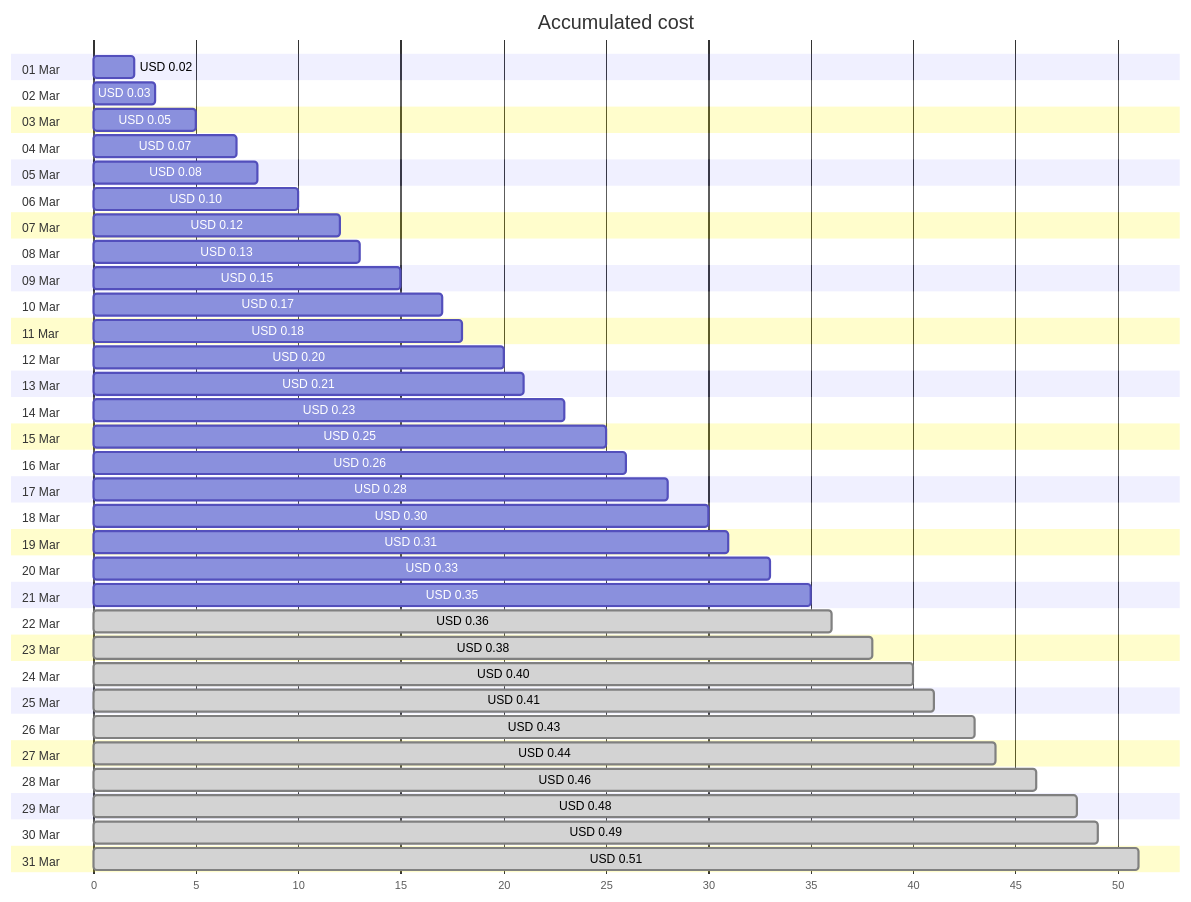
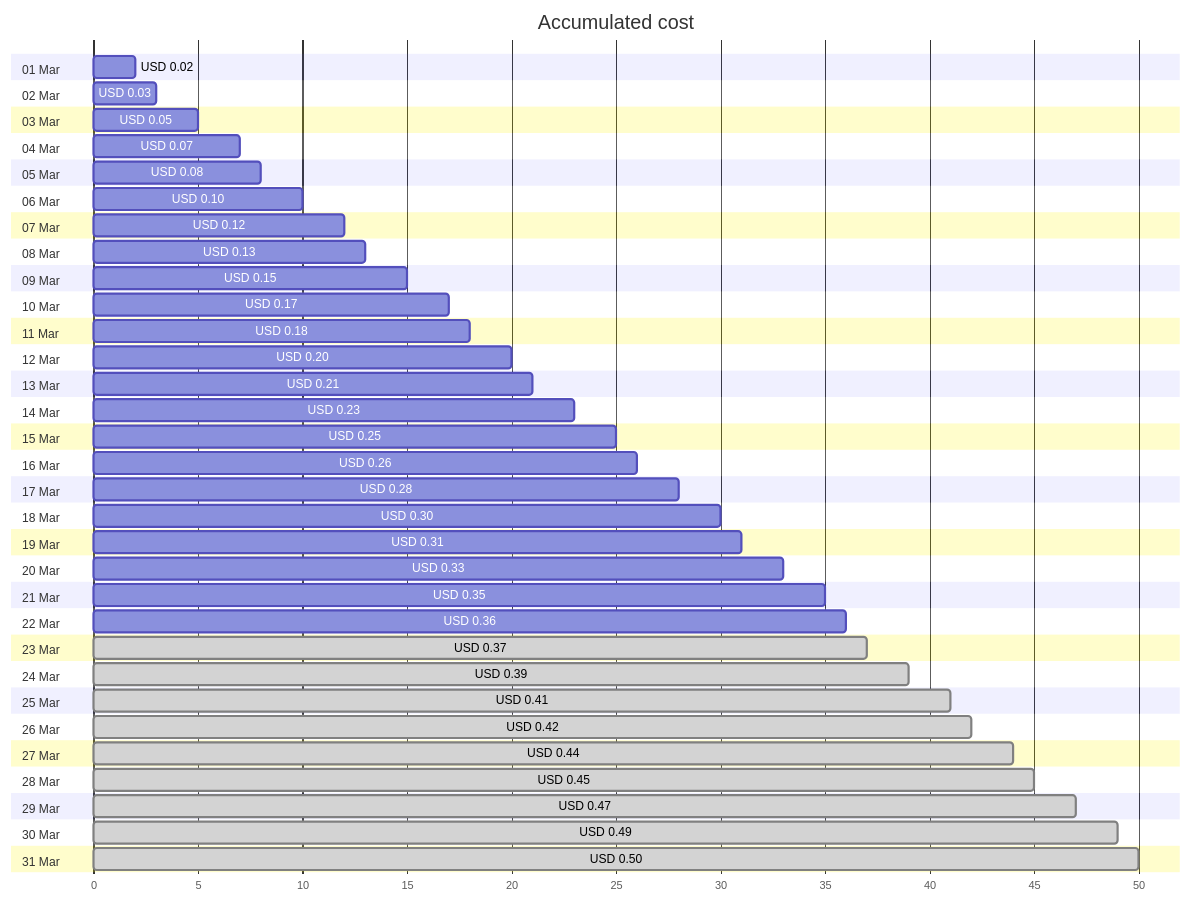
The first of 4 diagrams in cost-reports/personal-dns/jpatrickfulton.dev.md (jpfulton/azure-personal-reports), drawn with Mermaid before and after one commit. The commit also changed other lines of this file and 2 other files, not shown here.

````diff
--- a/cost-reports/personal-dns/jpatrickfulton.dev.md
+++ b/cost-reports/personal-dns/jpatrickfulton.dev.md
@@ -20,68 +20,68 @@
 ```mermaid
 gantt
    title Accumulated cost
    dateFormat  X
    axisFormat %s
    section 01 Mar
    USD 0.02 :0, 2
    section 02 Mar
    USD 0.03 :0, 3
    section 03 Mar
    USD 0.05 :0, 5
    section 04 Mar
    USD 0.07 :0, 7
    section 05 Mar
    USD 0.08 :0, 8
    section 06 Mar
    USD 0.10 :0, 10
    section 07 Mar
    USD 0.12 :0, 12
    section 08 Mar
    USD 0.13 :0, 13
    section 09 Mar
    USD 0.15 :0, 15
    section 10 Mar
    USD 0.17 :0, 17
    section 11 Mar
    USD 0.18 :0, 18
    section 12 Mar
    USD 0.20 :0, 20
    section 13 Mar
    USD 0.21 :0, 21
    section 14 Mar
    USD 0.23 :0, 23
    section 15 Mar
    USD 0.25 :0, 25
    section 16 Mar
    USD 0.26 :0, 26
    section 17 Mar
    USD 0.28 :0, 28
    section 18 Mar
    USD 0.30 :0, 30
    section 19 Mar
    USD 0.31 :0, 31
    section 20 Mar
    USD 0.33 :0, 33
    section 21 Mar
    USD 0.35 :0, 35
    section 22 Mar
-   USD 0.36 : done, 0, 36
+   USD 0.36 :0, 36
    section 23 Mar
-   USD 0.38 : done, 0, 38
+   USD 0.37 : done, 0, 37
    section 24 Mar
-   USD 0.40 : done, 0, 40
+   USD 0.39 : done, 0, 39
    section 25 Mar
    USD 0.41 : done, 0, 41
    section 26 Mar
-   USD 0.43 : done, 0, 43
+   USD 0.42 : done, 0, 42
    section 27 Mar
    USD 0.44 : done, 0, 44
    section 28 Mar
-   USD 0.46 : done, 0, 46
+   USD 0.45 : done, 0, 45
    section 29 Mar
-   USD 0.48 : done, 0, 48
+   USD 0.47 : done, 0, 47
    section 30 Mar
    USD 0.49 : done, 0, 49
    section 31 Mar
-   USD 0.51 : done, 0, 51
+   USD 0.50 : done, 0, 50
 ```
````
